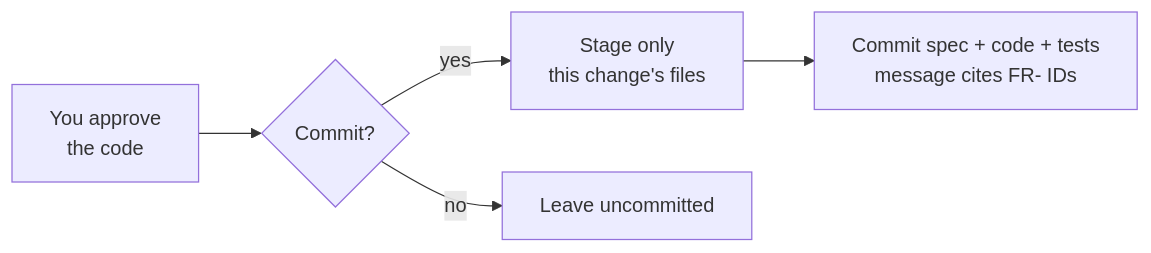
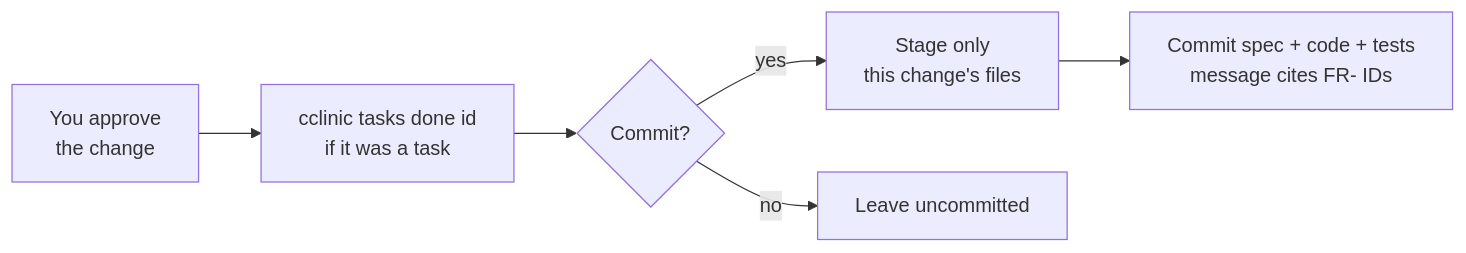
The sixth of 6 diagrams in DEVELOPMENT_FLOW.md (Hayko97/cclinic), drawn with Mermaid before and after one commit. The commit also changed other lines of this file and 5 other files, not shown here.

Commit message:
docs: rewrite the readme and flow guides, and add the gui flow

````diff
--- a/DEVELOPMENT_FLOW.md
+++ b/DEVELOPMENT_FLOW.md
@@ -126,7 +148,8 @@
 ```mermaid
 flowchart LR
-    A[You approve<br/>the code] --> Q{Commit?}
+    A[You approve<br/>the change] --> TD[cclinic tasks done id<br/>if it was a task]
+    TD --> Q{Commit?}
     Q -- yes --> St[Stage only<br/>this change's files]
     St --> C[Commit spec + code + tests<br/>message cites FR- IDs]
     Q -- no --> N[Leave uncommitted]
 ```
````
